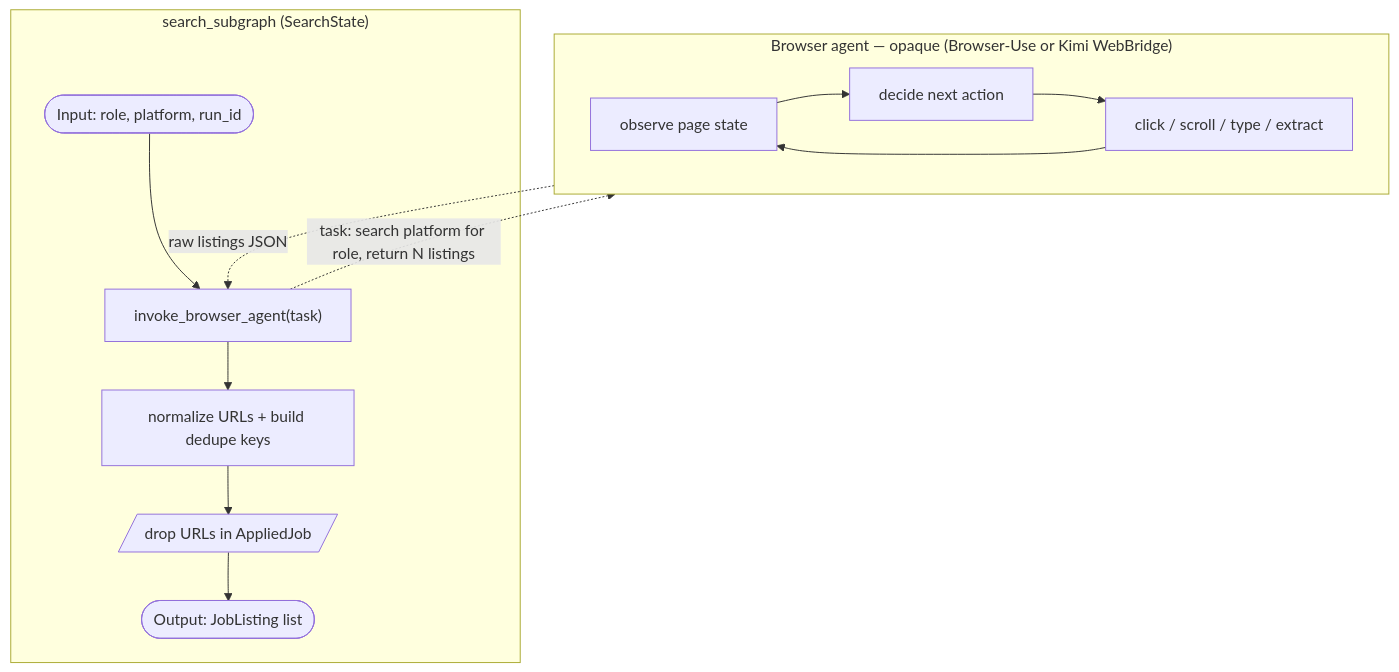
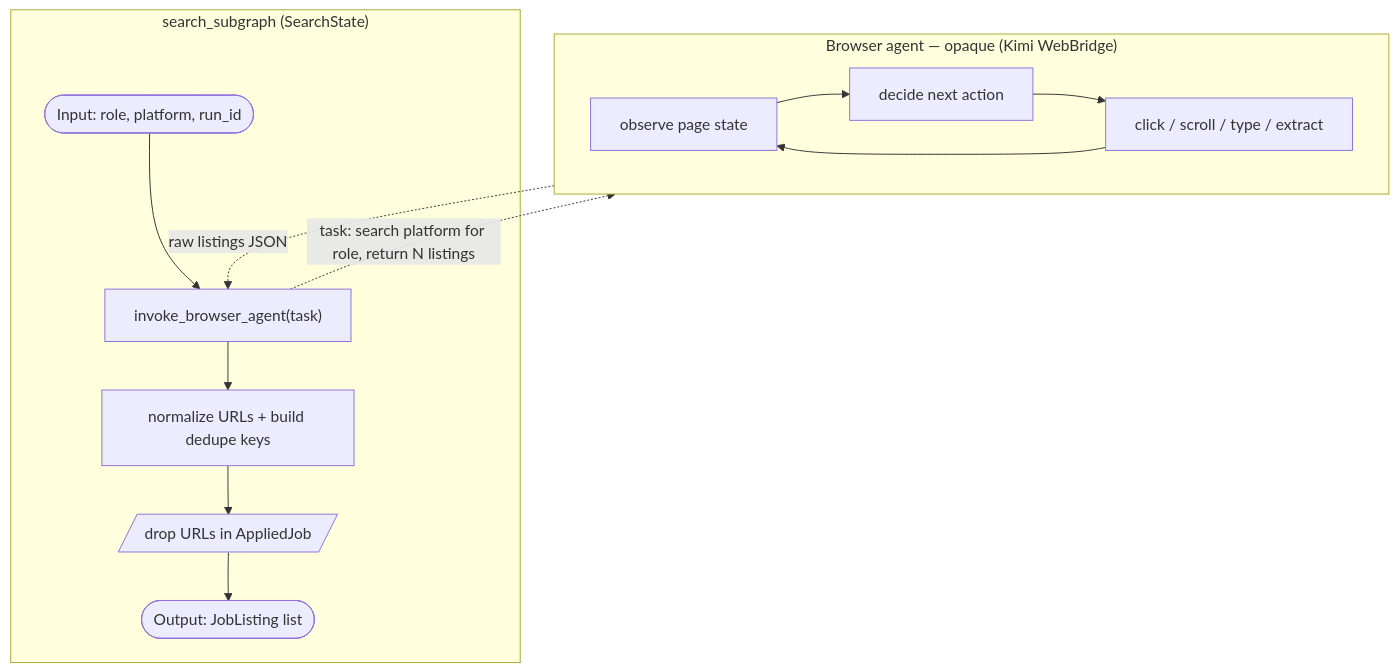
One commit to HamzaFayaz/JobPilot changed the fourth of 10 diagrams in System Design/JobPilot-System-Design.md. Above: the diagram before and after it, drawn with Mermaid. The commit also changed other lines of this file and 23 other files, not shown here.

Commit message:
Refactor browser provider to Kimi WebBridge, replacing deprecated Browser-Use. Update documentation and configuration files to reflect changes in the Search Helper architecture and user setup. Ensure seamless integration with existing APIs and maintain user session continuity in Chrome.

````diff
--- a/System Design/JobPilot-System-Design.md
+++ b/System Design/JobPilot-System-Design.md
@@ -173,22 +173,22 @@
 ```mermaid
 flowchart TD
     subgraph searchSubgraph ["search_subgraph (SearchState)"]
         inSearch(["Input: role, platform, run_id"])
         invokeBrowser["invoke_browser_agent(task)"]
         normalize["normalize URLs + build dedupe keys"]
         dropApplied[/"drop URLs in AppliedJob"/]
         outList(["Output: JobListing list"])
 
         inSearch --> invokeBrowser --> normalize --> dropApplied --> outList
     end
 
-    subgraph browserOpaque ["Browser agent — opaque (Browser-Use or Kimi WebBridge)"]
+    subgraph browserOpaque ["Browser agent — opaque (Kimi WebBridge)"]
         observe["observe page state"]
         decide["decide next action"]
         act["click / scroll / type / extract"]
         observe --> decide --> act --> observe
     end
 
     invokeBrowser -.->|"task: search platform for role, return N listings"| browserOpaque
     browserOpaque -.->|"raw listings JSON"| invokeBrowser
 ```
````
